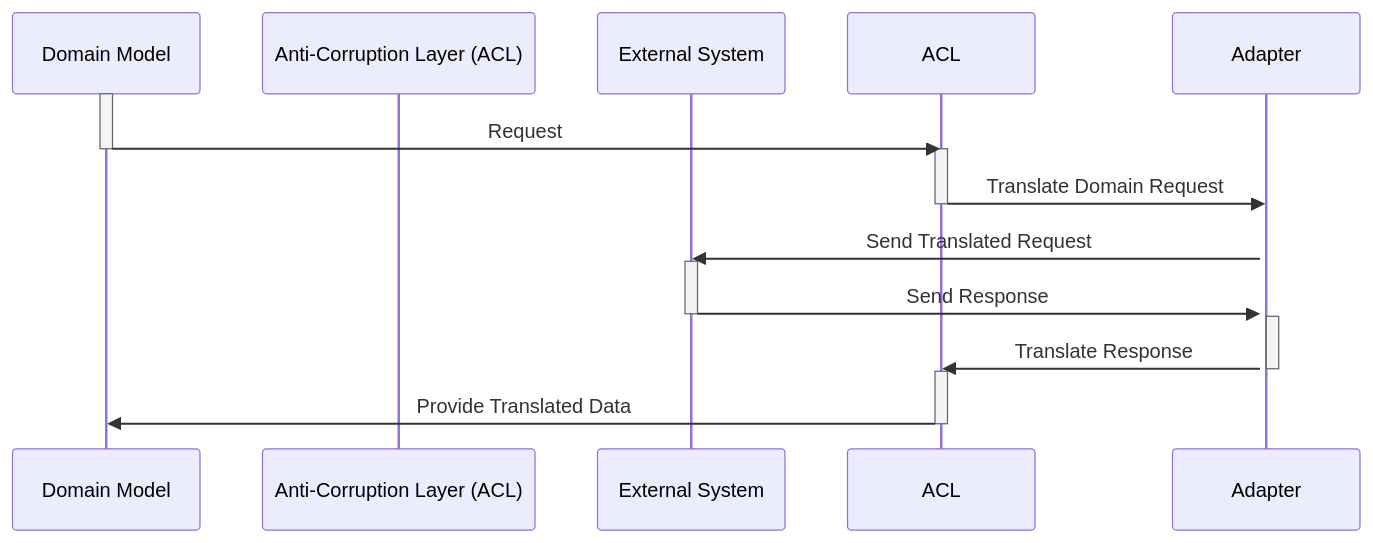
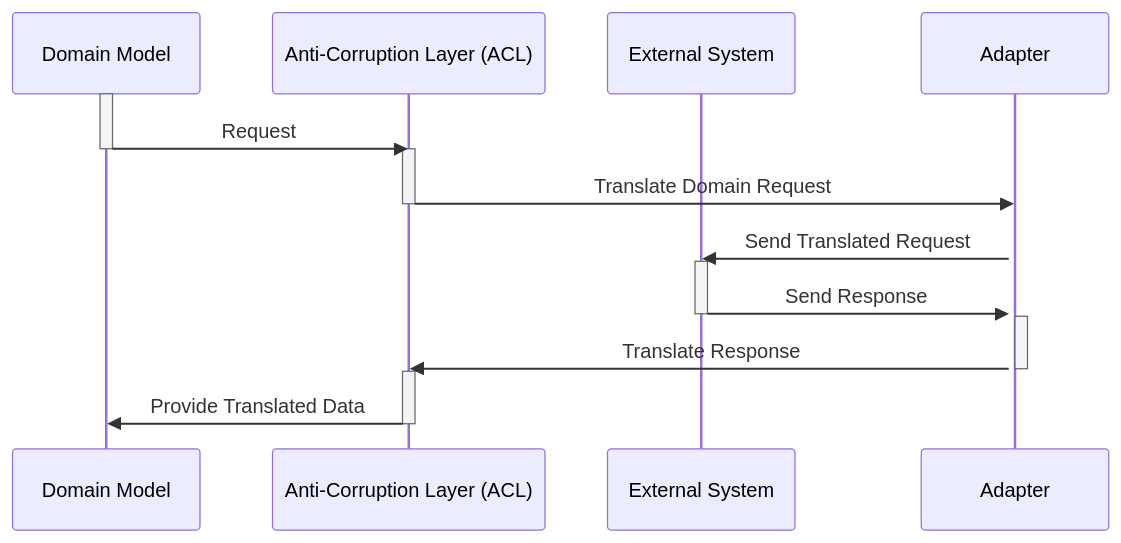
One commit to ardalis/DevIQ-gatsby changed the diagram in src/docs/domain-driven-design/anti-corruption-layer.md. Above: the diagram before and after it, drawn with Mermaid.

Commit message:
Add alias to fix duplicated participant

````diff
--- a/src/docs/domain-driven-design/anti-corruption-layer.md
+++ b/src/docs/domain-driven-design/anti-corruption-layer.md
@@ -32,23 +32,23 @@
 ```mermaid
 sequenceDiagram
     participant Domain Model
-    participant Anti-Corruption Layer (ACL)
+    participant ACL as Anti-Corruption Layer (ACL)
     participant External System
     activate Domain Model
     Domain Model->>ACL: Request
     deactivate Domain Model
     activate ACL
     ACL->>Adapter: Translate Domain Request
     deactivate ACL
     activate Adapter
     Adapter->>External System: Send Translated Request
     activate External System
     External System->>Adapter: Send Response
     deactivate External System
     activate Adapter
     Adapter->>ACL: Translate Response
     deactivate Adapter
     activate ACL
     ACL->>Domain Model: Provide Translated Data
     deactivate ACL
 ```
````
